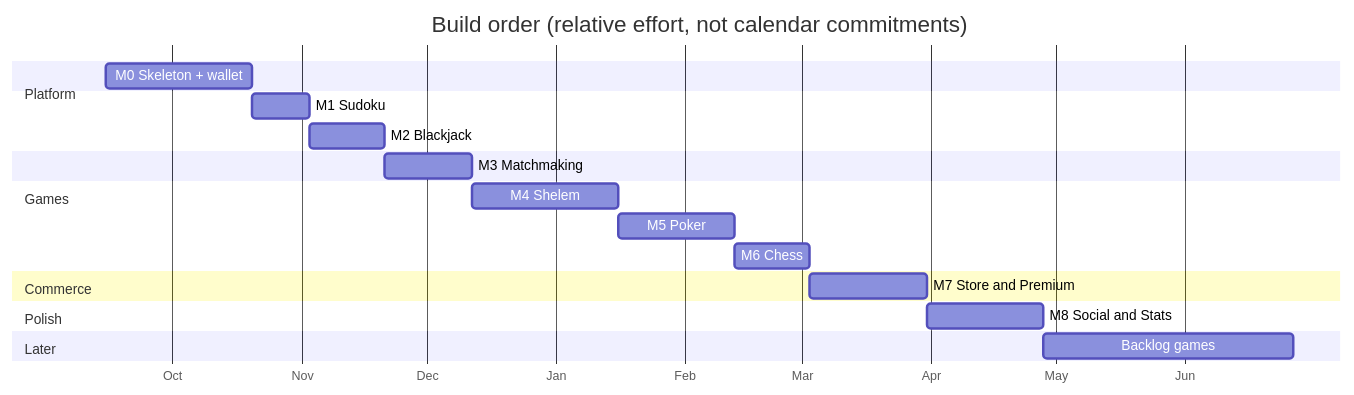
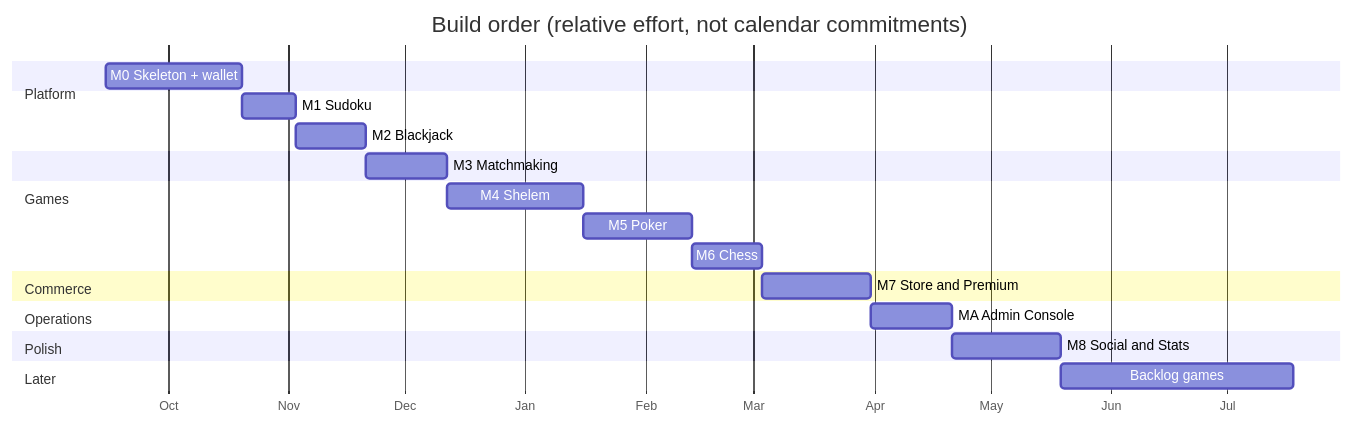
One commit to mehrangcode/GameHub changed the diagram in Documents/08-roadmap.md. Above: the diagram before and after it, drawn with Mermaid. The commit also changed other lines of this file and 11 other files, not shown here.

````diff
--- a/Documents/08-roadmap.md
+++ b/Documents/08-roadmap.md
@@ -21,24 +21,26 @@
 ```mermaid
 gantt
     dateFormat YYYY-MM-DD
     axisFormat %b
     title Build order (relative effort, not calendar commitments)
 
     section Platform
     M0 Skeleton + wallet     :m0, 2026-09-15, 35d
     section Games
     M1 Sudoku                :m1, after m0, 14d
     M2 Blackjack             :m2, after m1, 18d
     section Platform
     M3 Matchmaking           :m3, after m2, 21d
     section Games
     M4 Shelem                :m4, after m3, 35d
     M5 Poker                 :m5, after m4, 28d
     M6 Chess                 :m6, after m5, 18d
     section Commerce
     M7 Store and Premium     :m7, after m6, 28d
+    section Operations
+    MA Admin Console         :ma, after m7, 21d
     section Polish
-    M8 Social and Stats      :m8, after m7, 28d
+    M8 Social and Stats      :m8, after ma, 28d
     section Later
     Backlog games            :bk, after m8, 60d
 ```
````
